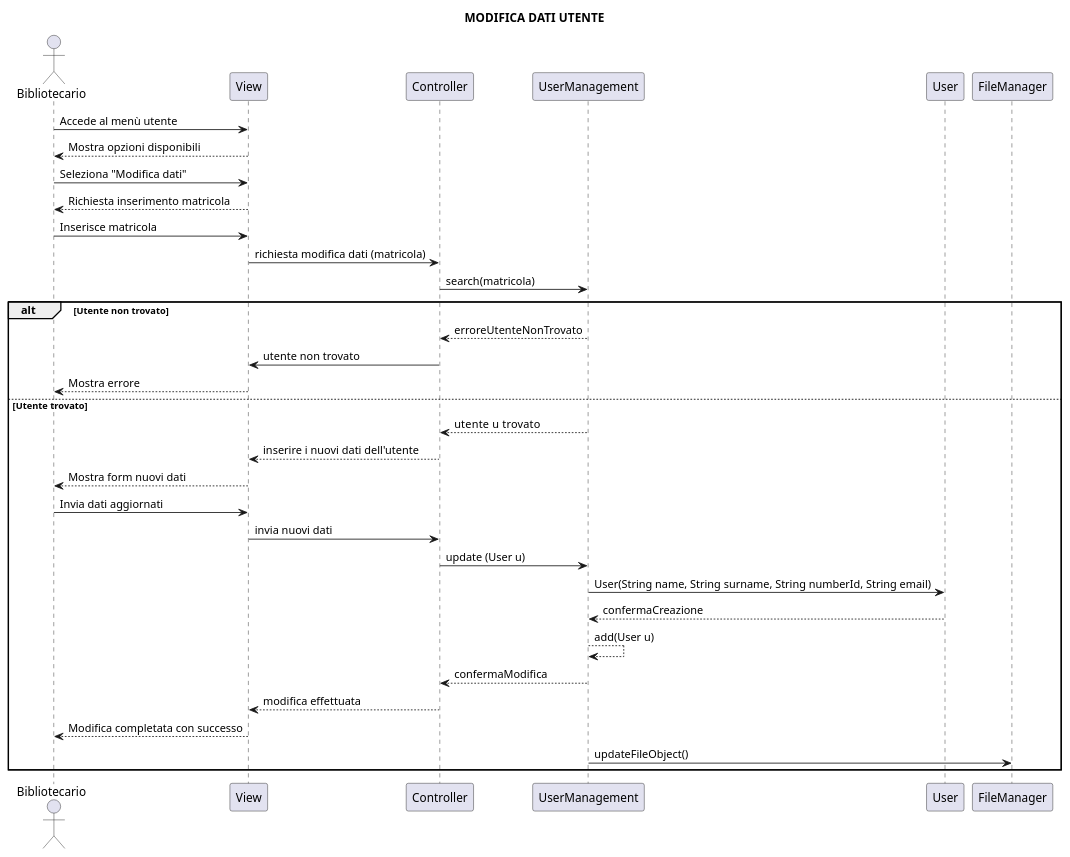
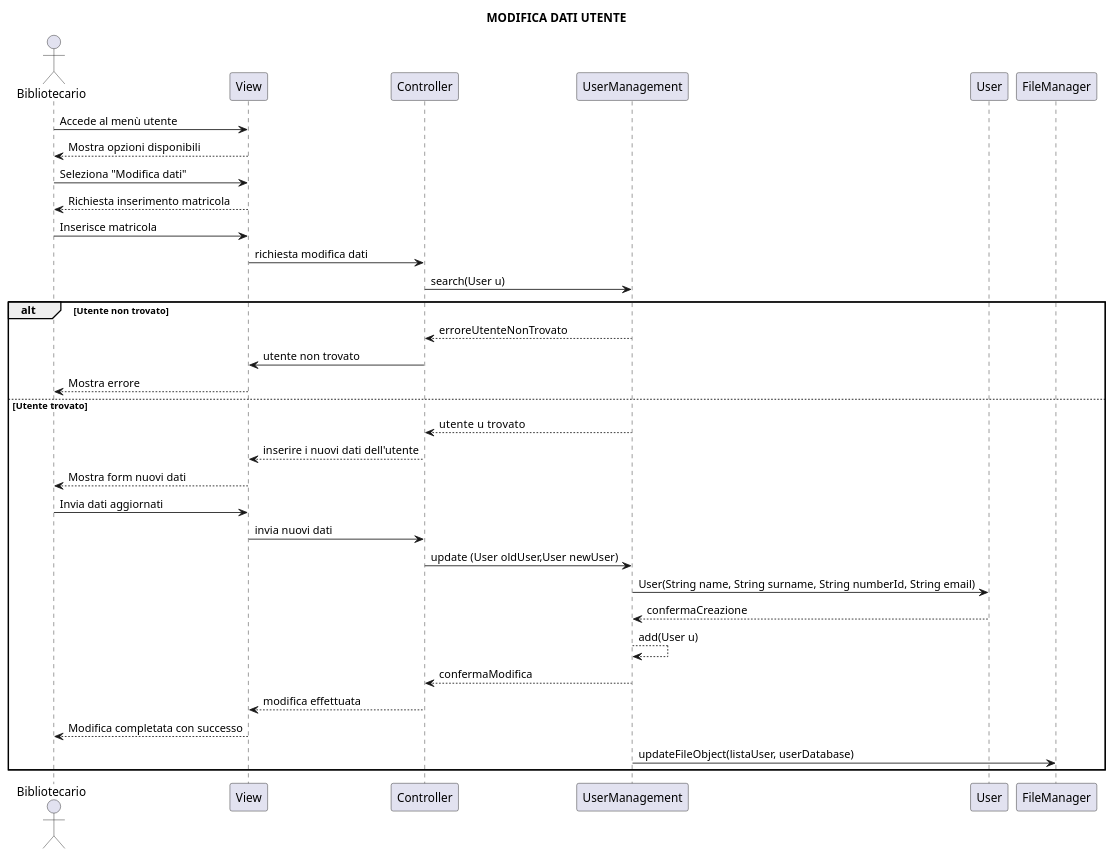
Before and after one commit to brunooliva7/Project-Ingegneria-del-Software14: the diagram in gruppo14BibliotecaUniversitaria/uml/ModificaUtente.puml, drawn with PlantUML. The commit also changed 11 other files, not shown here.

```diff
--- a/gruppo14BibliotecaUniversitaria/uml/ModificaUtente.puml
+++ b/gruppo14BibliotecaUniversitaria/uml/ModificaUtente.puml
@@ -1,39 +1,39 @@
 @startuml
 title MODIFICA DATI UTENTE
 
 actor Bibliotecario
 participant View
 participant Controller 
 participant UserManagement
 participant User
 participant FileManager
  
 Bibliotecario -> View: Accede al menù utente
 View --> Bibliotecario: Mostra opzioni disponibili
 Bibliotecario -> View: Seleziona "Modifica dati"
 View --> Bibliotecario: Richiesta inserimento matricola
 Bibliotecario -> View: Inserisce matricola
-View -> Controller: richiesta modifica dati (matricola)
-Controller -> UserManagement: search(matricola)
+View -> Controller: richiesta modifica dati 
+Controller -> UserManagement: search(User u)
  
 alt Utente non trovato
     UserManagement --> Controller: erroreUtenteNonTrovato
     Controller -> View: utente non trovato
     View --> Bibliotecario: Mostra errore
  
 else Utente trovato
     UserManagement --> Controller: utente  u trovato 
     Controller -->View : inserire i nuovi dati dell'utente
     View --> Bibliotecario: Mostra form nuovi dati
     Bibliotecario -> View: Invia dati aggiornati
     View -> Controller: invia nuovi dati
-    Controller -> UserManagement: update (User u)
+    Controller -> UserManagement: update (User oldUser,User newUser)
     UserManagement -> User: User(String name, String surname, String numberId, String email)
     User --> UserManagement: confermaCreazione
     UserManagement --> UserManagement: add(User u)
     UserManagement --> Controller: confermaModifica
     Controller --> View: modifica effettuata
     View --> Bibliotecario: Modifica completata con successo
-    UserManagement -> FileManager: updateFileObject()
+    UserManagement -> FileManager: updateFileObject(listaUser, userDatabase)
 end
 @enduml
```
